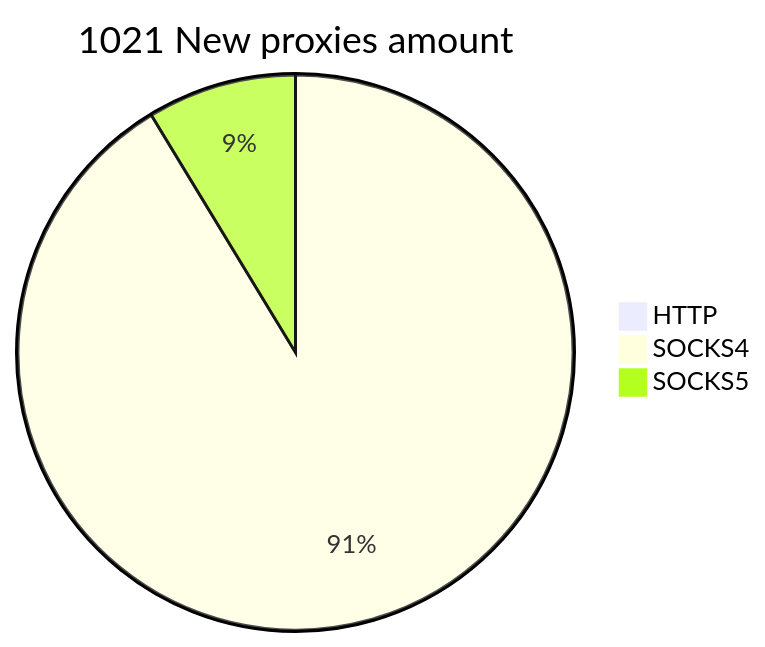
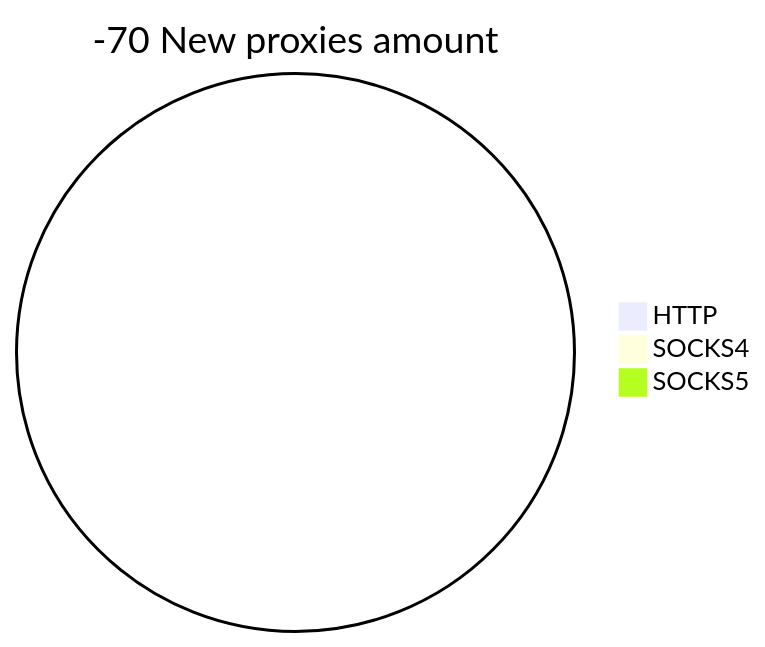
The second of 2 diagrams in README.md (cutipu/proxylist), drawn with Mermaid before and after one commit. The commit also changed other lines of this file, not shown here.

````diff
--- a/README.md
+++ b/README.md
@@ -10,6 +10,6 @@
 ```mermaid
-pie title 1021 New proxies amount
+pie title -70 New proxies amount
     "HTTP" : 0
-    "SOCKS4" : 946
-    "SOCKS5" : 90
+    "SOCKS4" : 0
+    "SOCKS5" : 0
 ```
````
